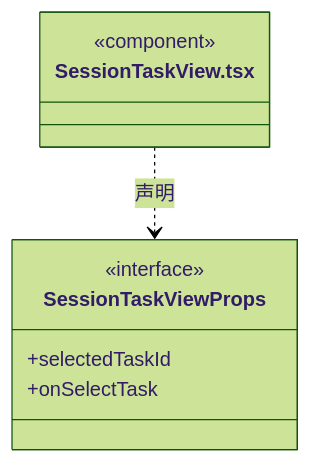
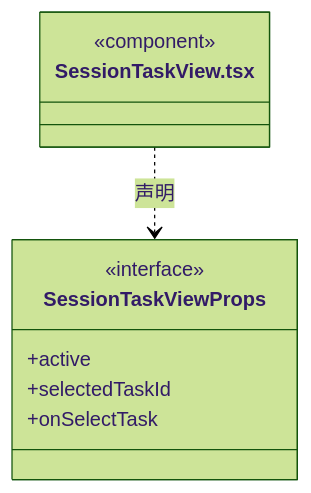
Diagram 25 of 38 in src/frontend/tasks/ARCHITECTURE.md (nan023062/cbim), drawn with Mermaid (forest theme) before and after one commit. The commit also changed other lines of this file and 60 other files, not shown here.

````diff
--- a/src/frontend/tasks/ARCHITECTURE.md
+++ b/src/frontend/tasks/ARCHITECTURE.md
@@ -384,12 +514,13 @@
 ```mermaid
 classDiagram
 class N_src_frontend_tasks_SessionTaskView_tsx["SessionTaskView.tsx"] {
   <<component>>
 }
 class N_src_frontend_tasks_SessionTaskView_tsx_SessionTaskViewProps["SessionTaskViewProps"] {
   <<interface>>
+  +active
   +selectedTaskId
   +onSelectTask
 }
 N_src_frontend_tasks_SessionTaskView_tsx ..> N_src_frontend_tasks_SessionTaskView_tsx_SessionTaskViewProps : 声明
 ```
````
